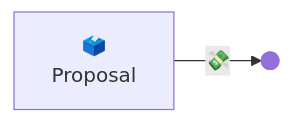
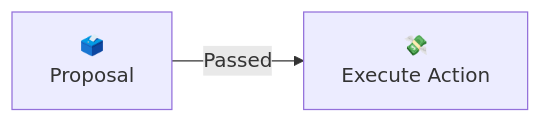
Before and after one commit to supadupadao/skipper: the third of 3 diagrams in docs/README.md, drawn with Mermaid. The commit also changed other lines of this file and 11 other files, not shown here.

````diff
--- a/docs/README.md
+++ b/docs/README.md
@@ -72,7 +56,6 @@
 ```mermaid
 flowchart LR
    proposal[🗳️<br/>Proposal]
-   A@{ shape: f-circ, label: "Junction" }
-
-   proposal --💸--> A
+   action[💸<br/>Execute Action]
+   proposal -- Passed --> action
 ```
````
